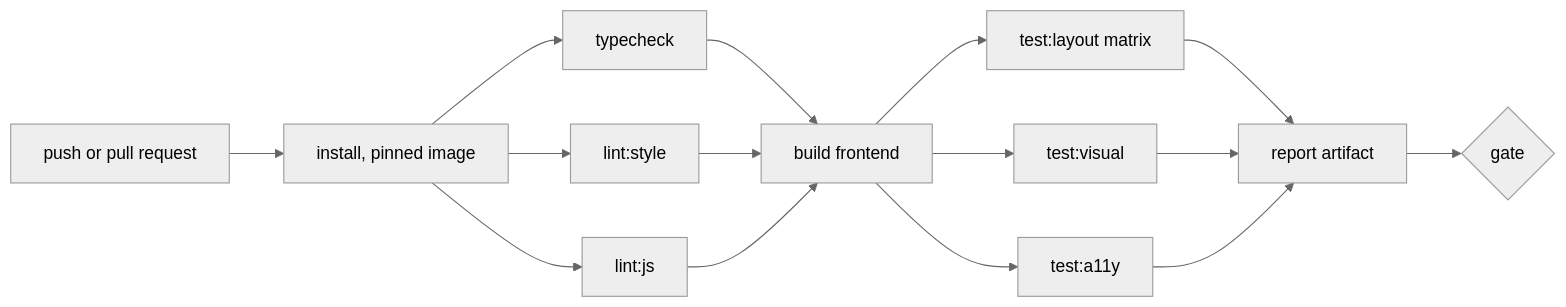
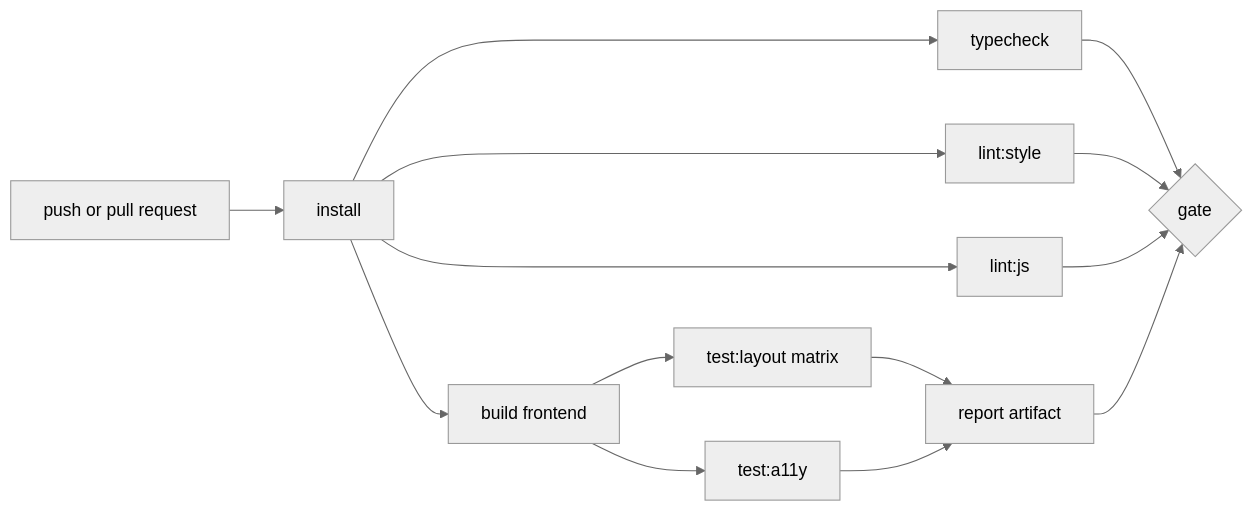
Before and after one commit to heavycaffeiner/Docknight: the second of 2 diagrams in docs/proposals/docknight-8-design-verification.md, drawn with Mermaid (neutral theme). The commit also changed other lines of this file and 5 other files, not shown here.

````diff
--- a/docs/proposals/docknight-8-design-verification.md
+++ b/docs/proposals/docknight-8-design-verification.md
@@ -510,17 +475,16 @@
 ```mermaid
 flowchart LR
-    A[push or pull request] --> B[install, pinned image]
+    A[push or pull request] --> B[install]
     B --> C[typecheck]
     B --> D[lint:style]
     B --> E[lint:js]
-    C --> F[build frontend]
-    D --> F
-    E --> F
+    B --> F[build frontend]
     F --> G[test:layout matrix]
-    F --> H[test:visual]
     F --> I[test:a11y]
+    C --> K{gate}
+    D --> K
+    E --> K
     G --> J[report artifact]
-    H --> J
     I --> J
-    J --> K{gate}
+    J --> K
 ```
````
